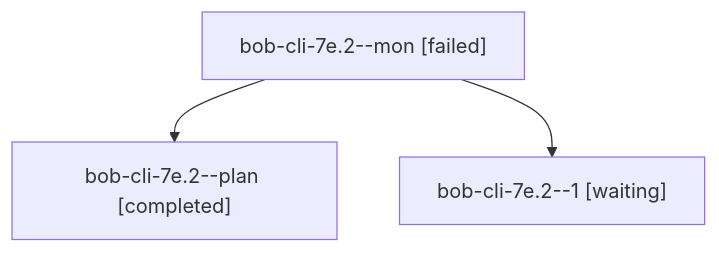
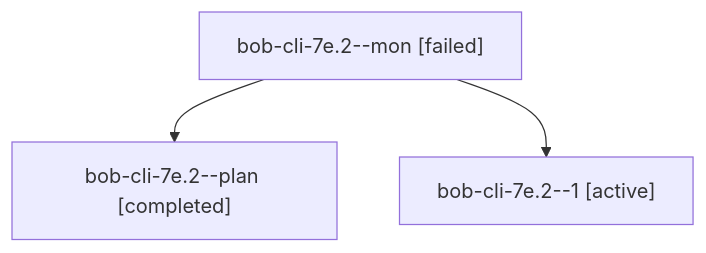
One commit to bobs-org/bob-cli--agents changed the diagram in sessions/bbugyi200.athena.bob-cli-7e.2.md. Above: the diagram before and after it, drawn with Mermaid. The commit also changed other lines of this file and 31 other files, not shown here.

````diff
--- a/sessions/bbugyi200.athena.bob-cli-7e.2.md
+++ b/sessions/bbugyi200.athena.bob-cli-7e.2.md
@@ -9,8 +9,8 @@
 ```mermaid
 flowchart TD
   n0["bob-cli-7e.2--mon [failed]"]
   n1["bob-cli-7e.2--plan [completed]"]
   n0 --> n1
-  n2["bob-cli-7e.2--1 [waiting]"]
+  n2["bob-cli-7e.2--1 [active]"]
   n0 --> n2
 ```
````
